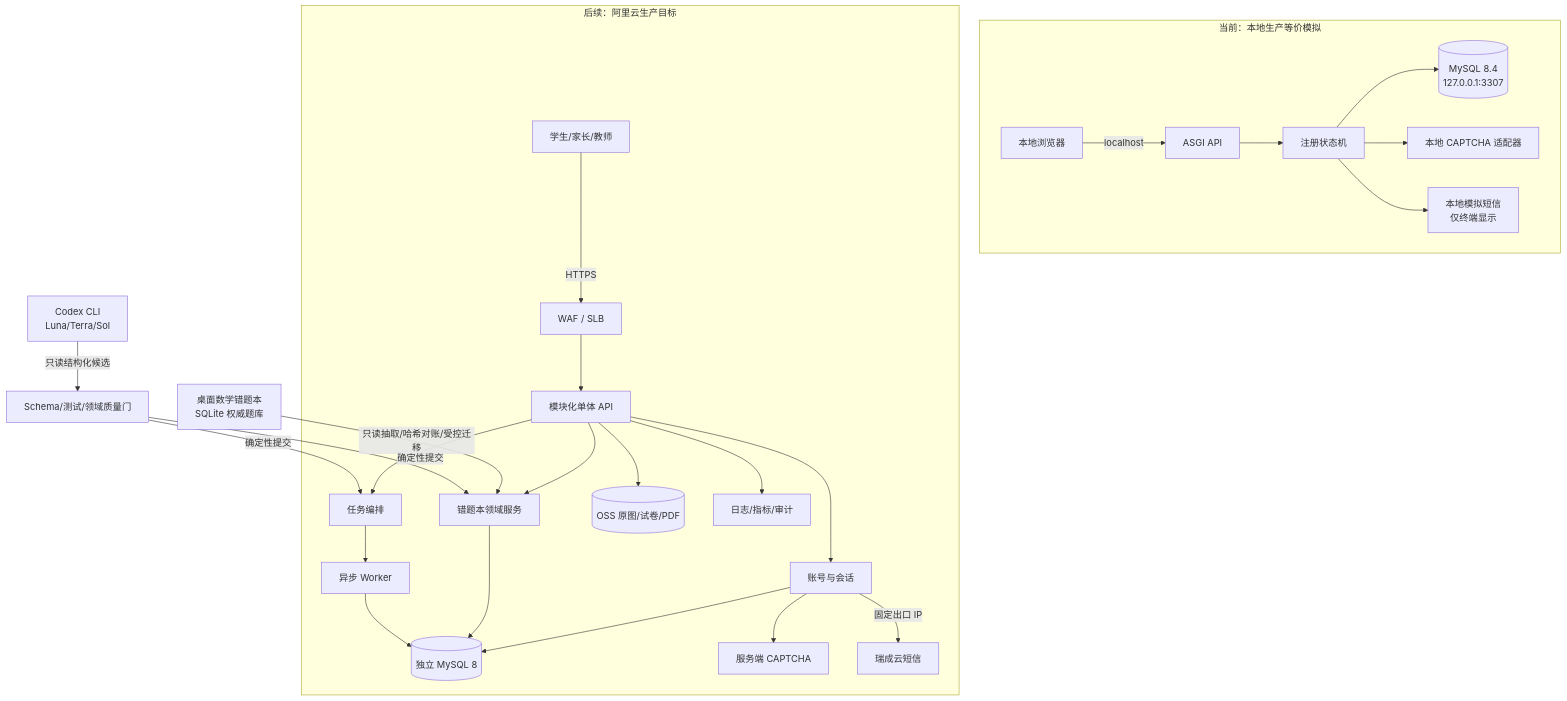
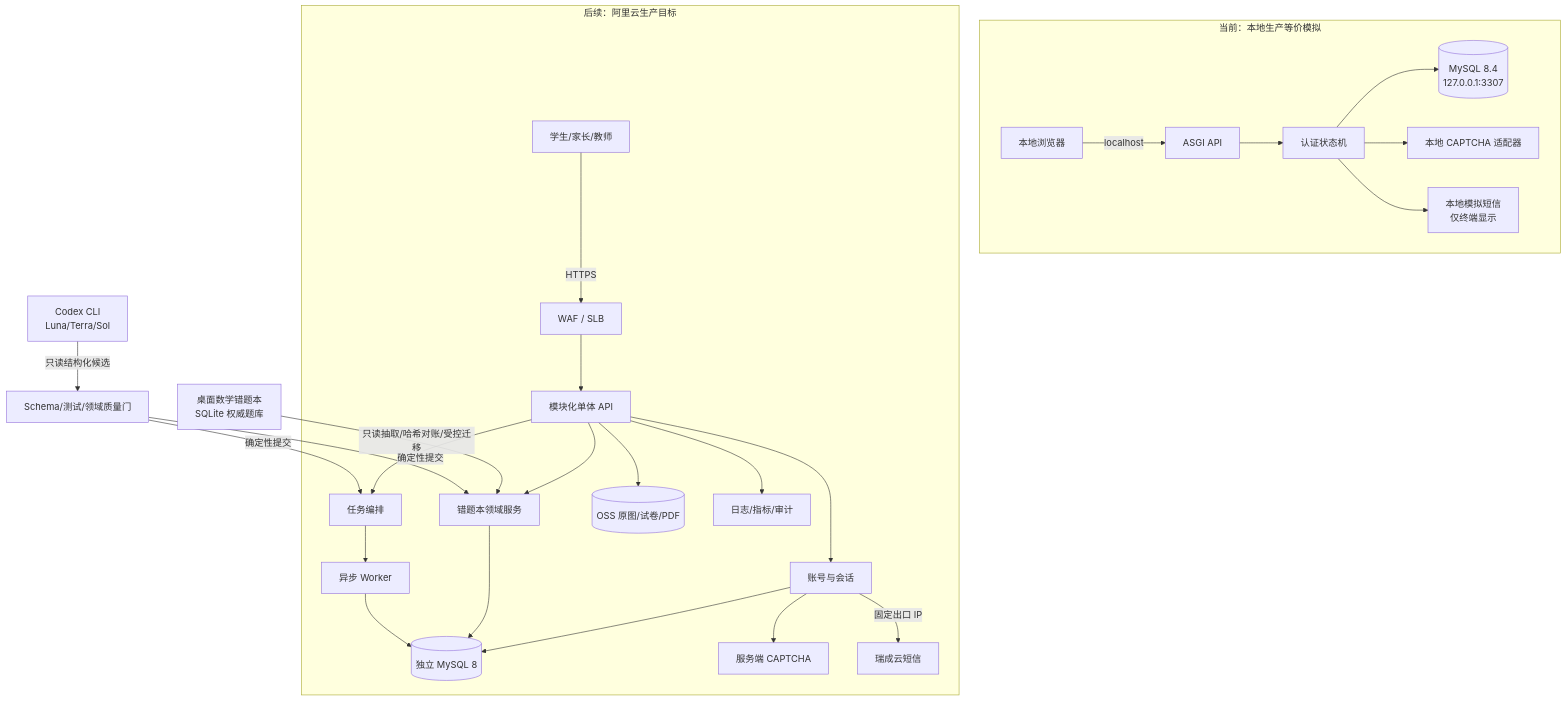
The first of 3 diagrams in PROJECT_ARCHITECTURE.md (chjesu/math-error-notebook-web), drawn with Mermaid before and after one commit. The commit also changed other lines of this file and 16 other files, not shown here.

Commit message:
docs: redesign login and registration product flow

````diff
--- a/PROJECT_ARCHITECTURE.md
+++ b/PROJECT_ARCHITECTURE.md
@@ -17,31 +19,31 @@
 ```mermaid
 flowchart TB
     subgraph LOCAL[当前：本地生产等价模拟]
         LB[本地浏览器] -->|localhost| LAPI[ASGI API]
-        LAPI --> LAUTH[注册状态机]
+        LAPI --> LAUTH[认证状态机]
         LAUTH --> LDB[(MySQL 8.4\n127.0.0.1:3307)]
         LAUTH --> LCAPTCHA[本地 CAPTCHA 适配器]
         LAUTH --> LSMS[本地模拟短信\n仅终端显示]
     end
 
     subgraph TARGET[后续：阿里云生产目标]
         U[学生/家长/教师] -->|HTTPS| WAF[WAF / SLB]
         WAF --> API[模块化单体 API]
         API --> AUTH[账号与会话]
         API --> DOMAIN[错题本领域服务]
         API --> JOBS[任务编排]
         JOBS --> WORKER[异步 Worker]
         AUTH --> MYSQL[(独立 MySQL 8)]
         DOMAIN --> MYSQL
         WORKER --> MYSQL
         API --> OSS[(OSS 原图/试卷/PDF)]
         AUTH --> CAPTCHA[服务端 CAPTCHA]
         AUTH -->|固定出口 IP| SMS[瑞成云短信]
         API --> OBS[日志/指标/审计]
     end
 
     DESKTOP[桌面数学错题本\nSQLite 权威题库] -->|只读抽取/哈希对账/受控迁移| DOMAIN
     REVIEW[Codex CLI\nLuna/Terra/Sol] -->|只读结构化候选| GATE[Schema/测试/领域质量门]
     GATE -->|确定性提交| DOMAIN
     GATE -->|确定性提交| JOBS
 ```
````
